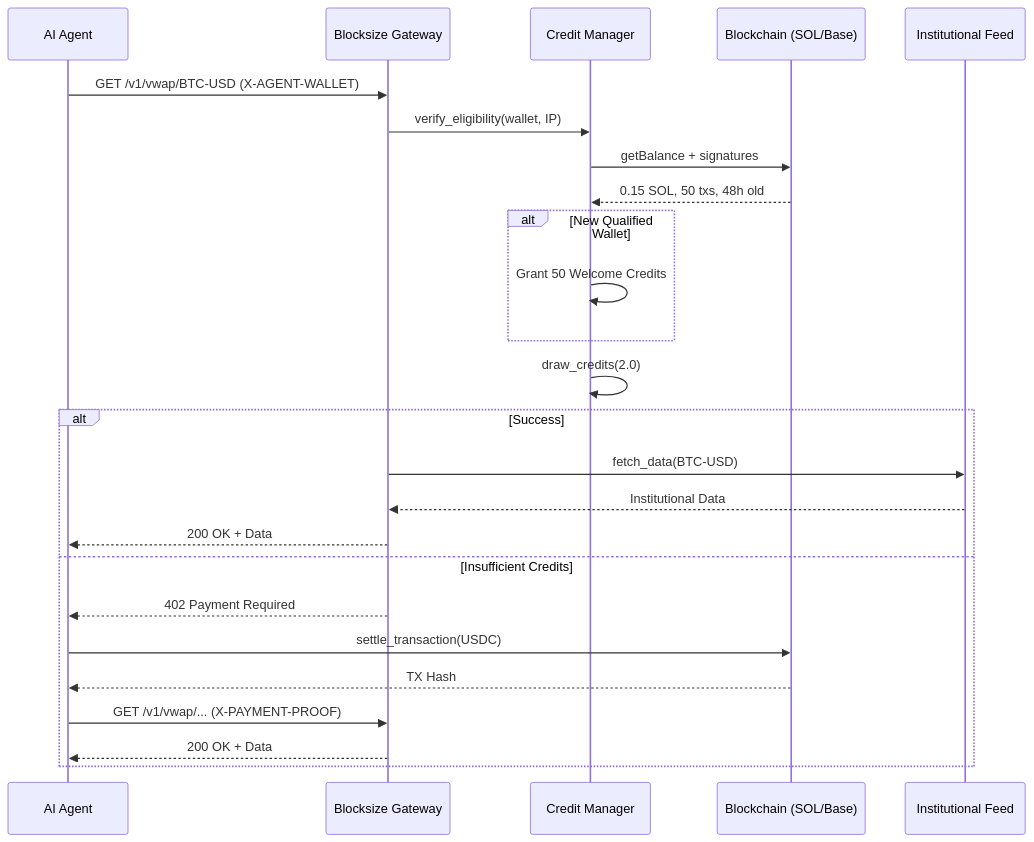
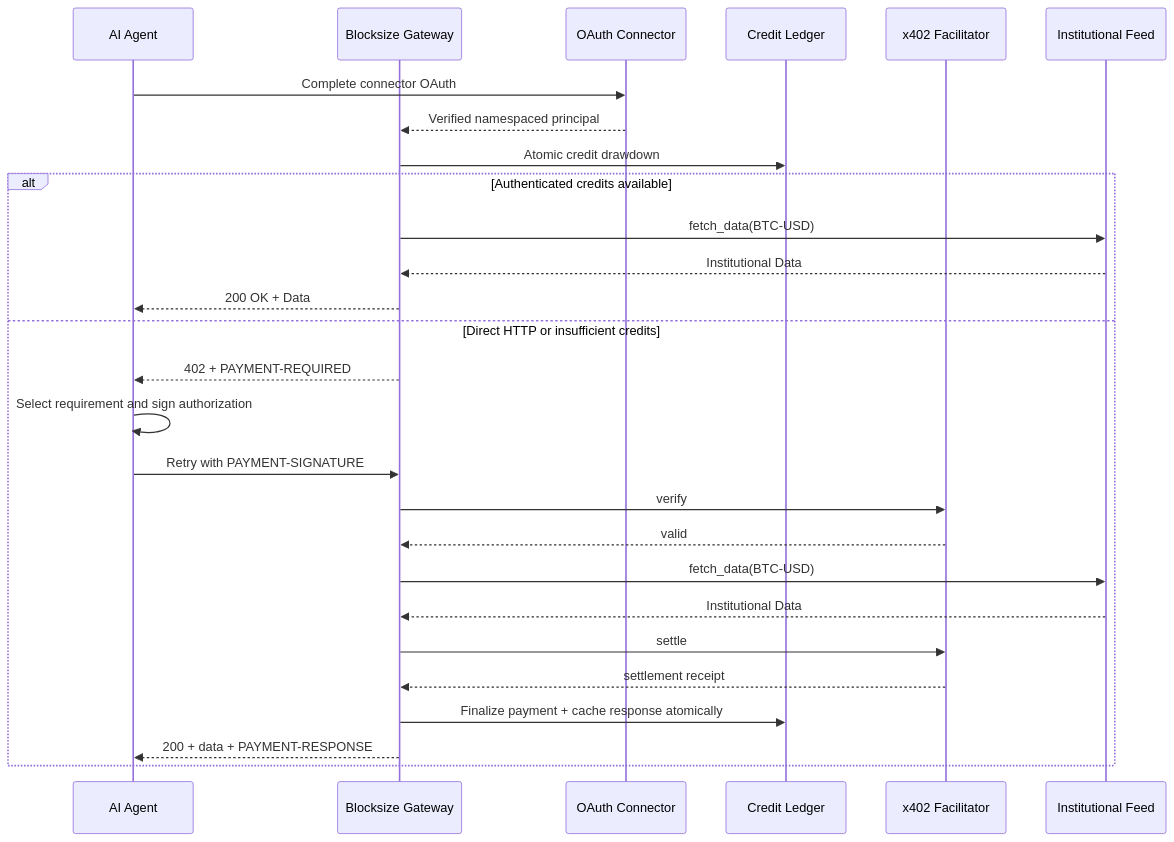
The diagram in docs/api_agent_manual.md (jf-cmyk/agentic-payments), drawn with Mermaid before and after one commit. The commit also changed other lines of this file and 188 other files, not shown here.

````diff
--- a/docs/api_agent_manual.md
+++ b/docs/api_agent_manual.md
@@ -17,28 +20,30 @@
 ```mermaid
 sequenceDiagram
     participant Agent as AI Agent
     participant Gateway as Blocksize Gateway
-    participant CM as Credit Manager
-    participant Chain as Blockchain (SOL/Base)
+    participant Auth as OAuth Connector
+    participant CM as Credit Ledger
+    participant Facilitator as x402 Facilitator
     participant Feed as Institutional Feed
 
-    Agent->>Gateway: GET /v1/vwap/BTC-USD (X-AGENT-WALLET)
-    Gateway->>CM: verify_eligibility(wallet, IP)
-    CM->>Chain: getBalance + signatures
-    Chain-->>CM: 0.15 SOL, 50 txs, 48h old
-    alt New Qualified Wallet
-        CM->>CM: Grant 50 Welcome Credits
-    end
-    CM->>CM: draw_credits(2.0)
-    alt Success
+    Agent->>Auth: Complete connector OAuth
+    Auth-->>Gateway: Verified namespaced principal
+    Gateway->>CM: Atomic credit drawdown
+    alt Authenticated credits available
         Gateway->>Feed: fetch_data(BTC-USD)
         Feed-->>Gateway: Institutional Data
         Gateway-->>Agent: 200 OK + Data
-    else Insufficient Credits
-        Gateway-->>Agent: 402 Payment Required
-        Agent->>Chain: settle_transaction(USDC)
-        Chain-->>Agent: TX Hash
-        Agent->>Gateway: GET /v1/vwap/... (X-PAYMENT-PROOF)
-        Gateway-->>Agent: 200 OK + Data
+    else Direct HTTP or insufficient credits
+        Gateway-->>Agent: 402 + PAYMENT-REQUIRED
+        Agent->>Agent: Select requirement and sign authorization
+        Agent->>Gateway: Retry with PAYMENT-SIGNATURE
+        Gateway->>Facilitator: verify
+        Facilitator-->>Gateway: valid
+        Gateway->>Feed: fetch_data(BTC-USD)
+        Feed-->>Gateway: Institutional Data
+        Gateway->>Facilitator: settle
+        Facilitator-->>Gateway: settlement receipt
+        Gateway->>CM: Finalize payment + cache response atomically
+        Gateway-->>Agent: 200 + data + PAYMENT-RESPONSE
     end
 ```
````
